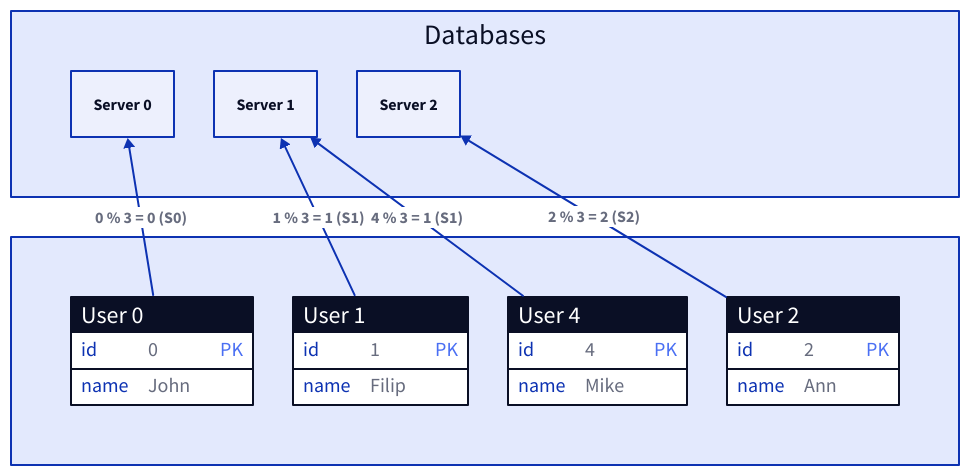
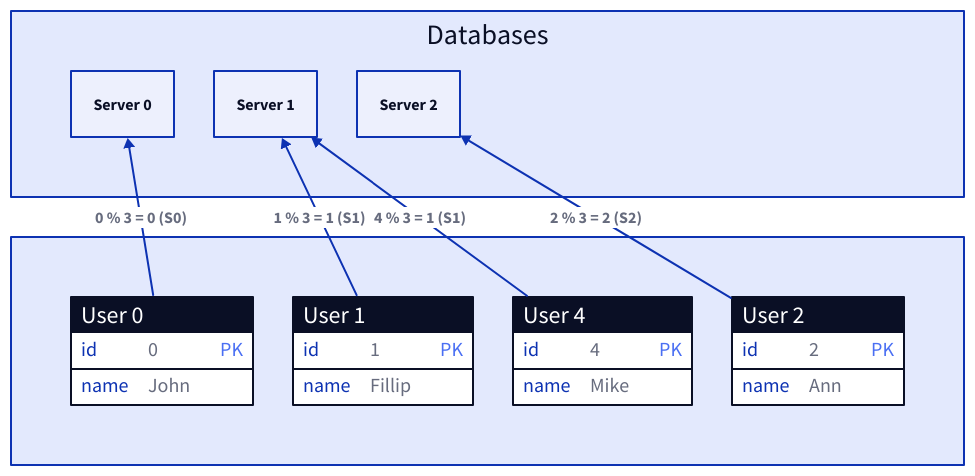
One commit to link1905/system-design-101 changed the second of 10 diagrams in content/docs/data-persistence/distributed-database/peer-to-peer-architecture/_index.md. Above: the diagram before and after it, drawn with D2. The commit also changed 22 other files, not shown here.

````diff
--- a/content/docs/data-persistence/distributed-database/peer-to-peer-architecture/_index.md
+++ b/content/docs/data-persistence/distributed-database/peer-to-peer-architecture/_index.md
@@ -75,50 +75,50 @@
 ```d2
 grid-columns: 1
 db: Databases {
   grid-columns: 3
   s0: Server 0 {
     class: db
   }
   s1: Server 1 {
     class: db
   }
   s2: Server 2 {
     class: db
   }
 }
 re: "" {
   grid-columns: 4
   u0: User 0 {
     shape: sql_table
     id: 0 {constraint: primary_key}
     name: John
   }
   u1: User 1 {
     shape: sql_table
     id: 1 {constraint: primary_key}
-    name: Filip
+    name: Fillip
   }
   u4: User 4 {
     shape: sql_table
     id: 4 {constraint: primary_key}
     name: Mike
   }
   u2: User 2 {
     shape: sql_table
     id: 2 {constraint: primary_key}
     name: Ann
   }
 }
 re.u0 -> db.s0: "0 % 3 = 0 (S0)" {
   style.bold: true
 }
 re.u1 -> db.s1: "1 % 3 = 1 (S1)" {
   style.bold: true
 }
 re.u4 -> db.s1: "4 % 3 = 1 (S1)" {
   style.bold: true
 }
 re.u2 -> db.s2: "2 % 3 = 2 (S2)" {
   style.bold: true
 }
 ```
````
